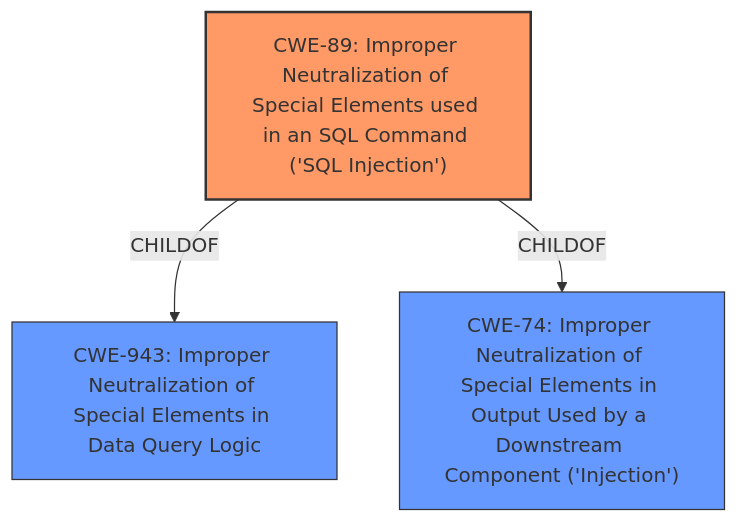
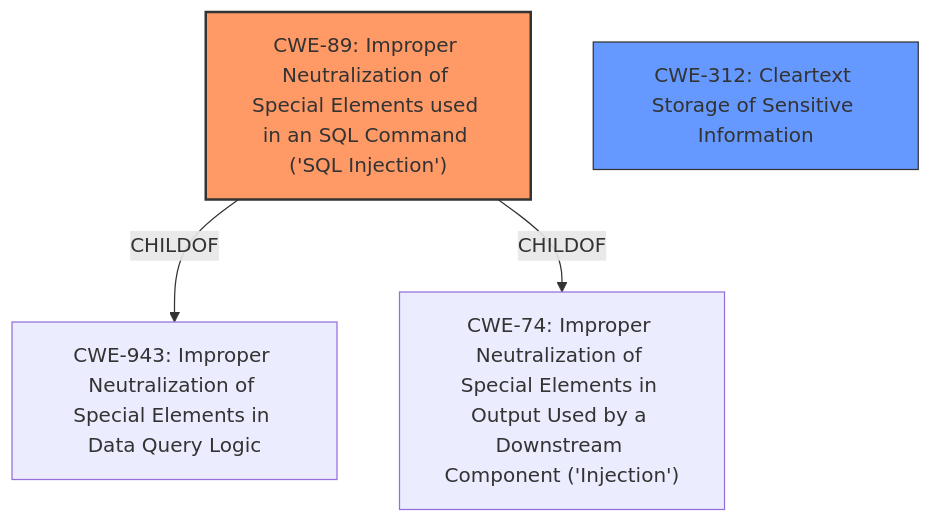
Before and after one commit to CyberSecAI/cwe_agent_assign_reports_2023: the diagram in CVE-2021-20016/CVE-2021-20016_analysis.md, drawn with Mermaid. The commit also changed other lines of this file and 902 other files, not shown here.

````diff
--- a/CVE-2021-20016/CVE-2021-20016_analysis.md
+++ b/CVE-2021-20016/CVE-2021-20016_analysis.md
@@ -16,15 +17,16 @@
 ```mermaid
 graph TD
     cwe89["CWE-89: Improper Neutralization of Special Elements used in an SQL Command ('SQL Injection')"]
     cwe943["CWE-943: Improper Neutralization of Special Elements in Data Query Logic"]
     cwe74["CWE-74: Improper Neutralization of Special Elements in Output Used by a Downstream Component ('Injection')"]
+    cwe312["CWE-312: Cleartext Storage of Sensitive Information"]
     
     cwe89 -->|CHILDOF| cwe943
     cwe89 -->|CHILDOF| cwe74
-    
+
     classDef primary fill:#f96,stroke:#333,stroke-width:2px
     classDef secondary fill:#69f,stroke:#333
     classDef tertiary fill:#9e9,stroke:#333
     class cwe89 primary
-    class cwe943,cwe74 secondary
+    class cwe312 secondary
 ```
````
